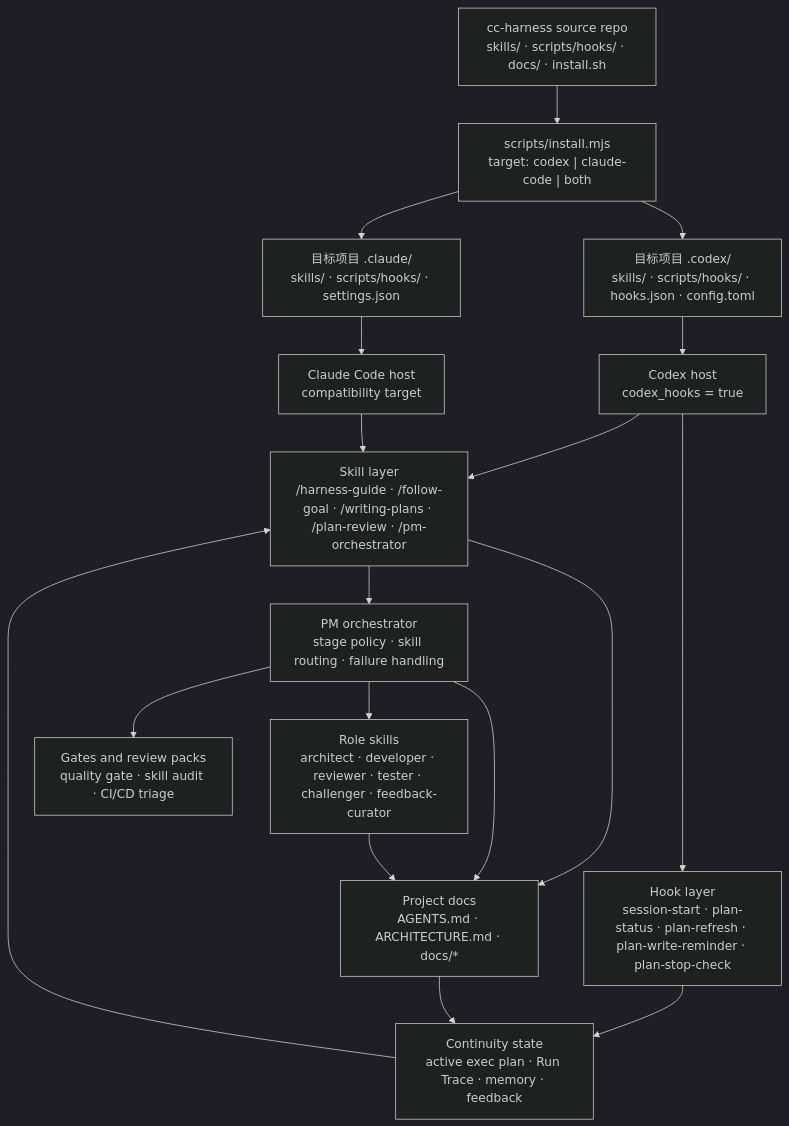
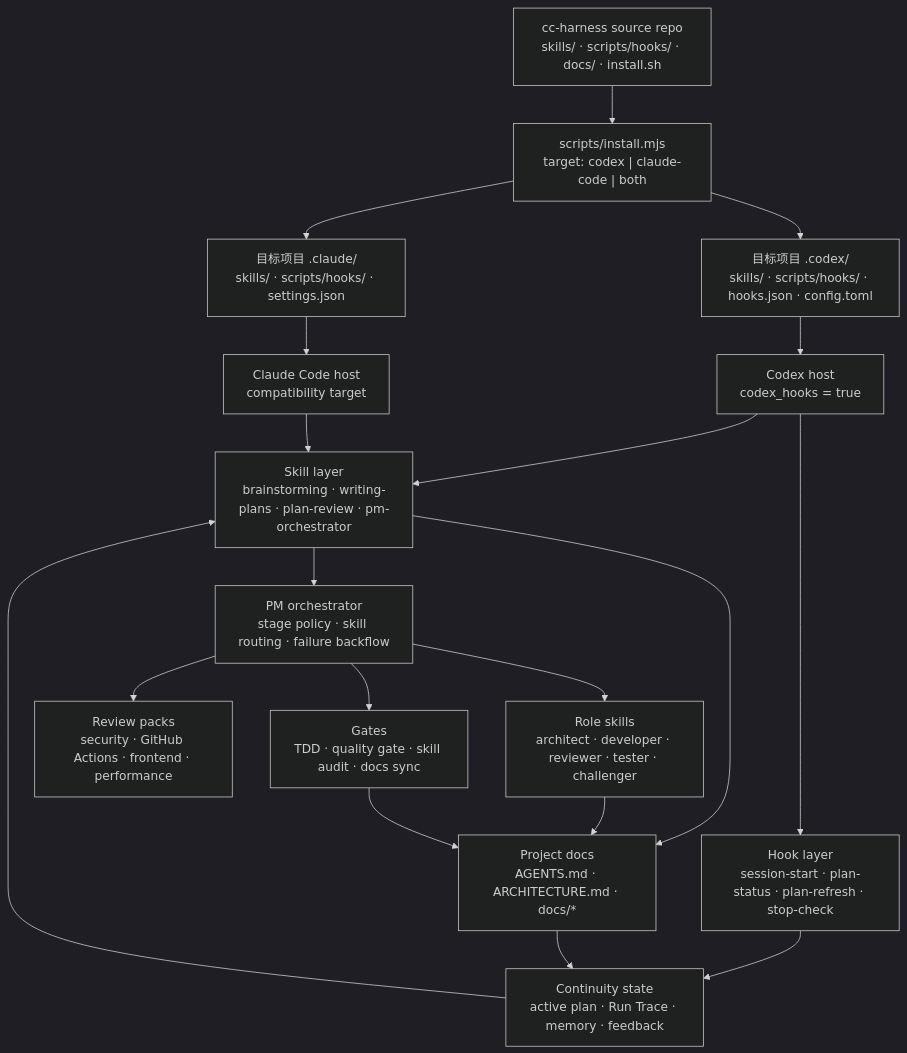
One commit to HumbleMaxiu/cc-harness changed the diagram in README.md. Above: the diagram before and after it, drawn with Mermaid (dark theme). The commit also changed other lines of this file and 12 other files, not shown here.

Commit message:
feat: add CI/CD gate skill

````diff
--- a/README.md
+++ b/README.md
@@ -29,28 +54,29 @@
 ```mermaid
 flowchart TD
     Repo["cc-harness source repo<br/>skills/ · scripts/hooks/ · docs/ · install.sh"]
     Installer["scripts/install.mjs<br/>target: codex | claude-code | both"]
 
     Repo --> Installer
 
     Installer --> CodexRuntime["目标项目 .codex/<br/>skills/ · scripts/hooks/ · hooks.json · config.toml"]
     Installer --> ClaudeRuntime["目标项目 .claude/<br/>skills/ · scripts/hooks/ · settings.json"]
 
     CodexRuntime --> CodexHost["Codex host<br/>codex_hooks = true"]
     ClaudeRuntime --> ClaudeHost["Claude Code host<br/>compatibility target"]
 
-    CodexHost --> SkillLayer["Skill layer<br/>/harness-guide · /follow-goal · /writing-plans · /plan-review · /pm-orchestrator"]
+    CodexHost --> SkillLayer["Skill layer<br/>brainstorming · writing-plans · plan-review · pm-orchestrator"]
     ClaudeHost --> SkillLayer
 
-    SkillLayer --> PMOrchestrator["PM orchestrator<br/>stage policy · skill routing · failure handling"]
-    PMOrchestrator --> RoleLayer["Role skills<br/>architect · developer · reviewer · tester · challenger · feedback-curator"]
-    PMOrchestrator --> Gates["Gates and review packs<br/>quality gate · skill audit · CI/CD triage"]
+    SkillLayer --> PM["PM orchestrator<br/>stage policy · skill routing · failure backflow"]
+    PM --> Roles["Role skills<br/>architect · developer · reviewer · tester · challenger"]
+    PM --> ReviewPacks["Review packs<br/>security · GitHub Actions · frontend · performance"]
+    PM --> Gates["Gates<br/>TDD · quality gate · skill audit · docs sync"]
+
     SkillLayer --> DocsLayer["Project docs<br/>AGENTS.md · ARCHITECTURE.md · docs/*"]
-
-    CodexHost --> HookLayer["Hook layer<br/>session-start · plan-status · plan-refresh · plan-write-reminder · plan-stop-check"]
-    HookLayer --> StateLayer["Continuity state<br/>active exec plan · Run Trace · memory · feedback"]
-    StateLayer --> SkillLayer
-    PMOrchestrator --> DocsLayer
-    RoleLayer --> DocsLayer
-    DocsLayer --> StateLayer
+    CodexHost --> HookLayer["Hook layer<br/>session-start · plan-status · plan-refresh · stop-check"]
+    HookLayer --> State["Continuity state<br/>active plan · Run Trace · memory · feedback"]
+    State --> SkillLayer
+    Roles --> DocsLayer
+    Gates --> DocsLayer
+    DocsLayer --> State
 ```
````
